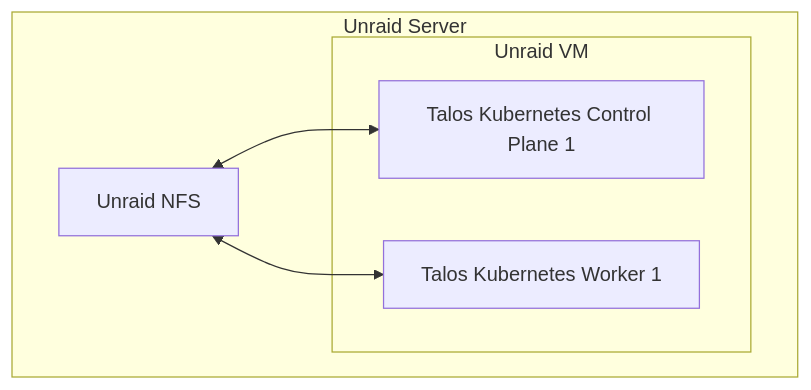
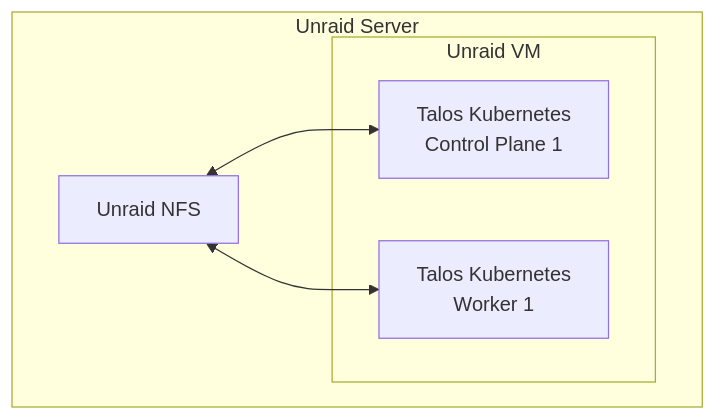
The diagram in README.md (Skaronator/homelab), drawn with Mermaid before and after one commit. The commit also changed other lines of this file and 2 other files, not shown here.

Commit message:
remove: k0s, finish migration to Talos

````diff
--- a/README.md
+++ b/README.md
@@ -29,11 +29,11 @@
 ```mermaid
 flowchart TD
  subgraph s1["Unraid Server"]
         nfs["Unraid NFS"]
         subgraph vm["Unraid VM"]
-            cp1["Talos Kubernetes Control Plane 1"]
-            w1["Talos Kubernetes Worker 1"]
+            cp1["Talos Kubernetes<br/>Control Plane 1"]
+            w1["Talos Kubernetes<br/>Worker 1"]
         end
         nfs <--> cp1 & w1
   end
 ```
````
